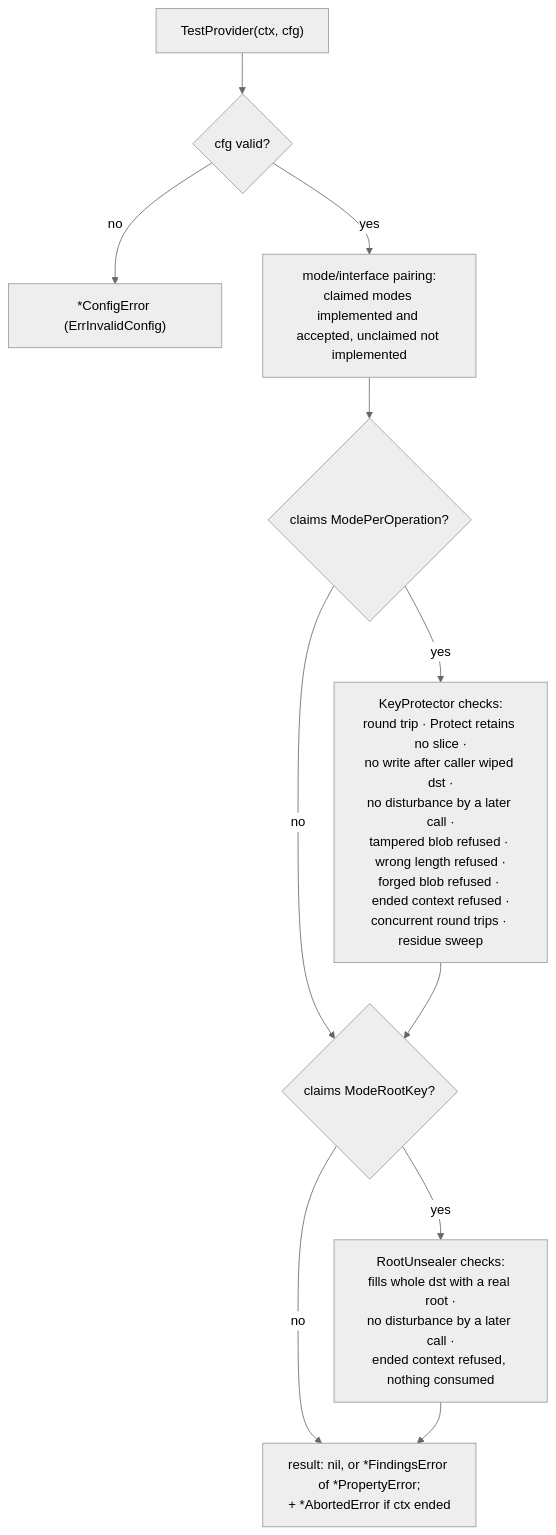
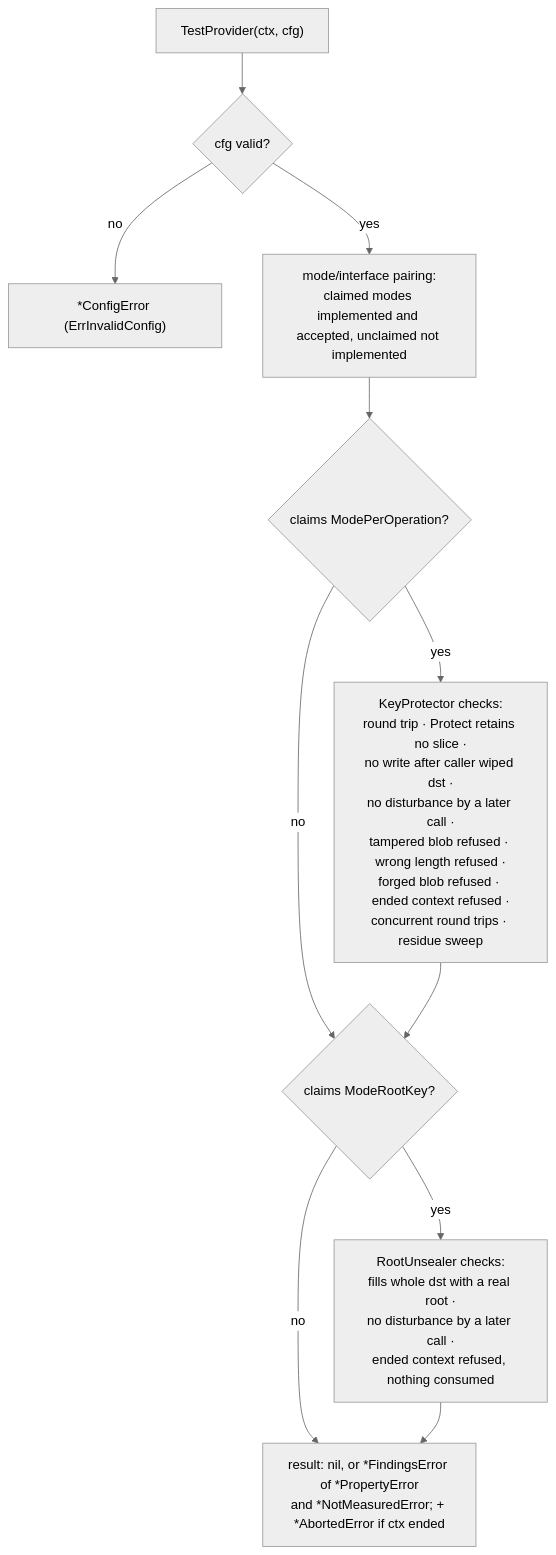
One commit to jeremyhahn/go-enclave changed the first of 2 diagrams in docs/provider-conformance/architecture.md. Above: the diagram before and after it, drawn with Mermaid (neutral theme). The commit also changed other lines of this file and 45 other files, not shown here.

First line of the commit message:
docs: every feature folder complete to the code; backend-conformance; ROADMAP current to the RC (#156-#160) (#162)

````diff
--- a/docs/provider-conformance/architecture.md
+++ b/docs/provider-conformance/architecture.md
@@ -26,13 +28,13 @@
 ```mermaid
 flowchart TD
   T["TestProvider(ctx, cfg)"] --> V{cfg valid?}
   V -- no --> CE["*ConfigError (ErrInvalidConfig)"]
   V -- yes --> MP["mode/interface pairing:<br/>claimed modes implemented and accepted, unclaimed not implemented"]
   MP --> KP{"claims ModePerOperation?"}
   KP -- yes --> KPC["KeyProtector checks:<br/>round trip · Protect retains no slice ·<br/>no write after caller wiped dst ·<br/>no disturbance by a later call ·<br/>tampered blob refused · wrong length refused ·<br/>forged blob refused · ended context refused ·<br/>concurrent round trips · residue sweep"]
   KP -- no --> RU
   KPC --> RU{"claims ModeRootKey?"}
   RU -- yes --> RUC["RootUnsealer checks:<br/>fills whole dst with a real root ·<br/>no disturbance by a later call ·<br/>ended context refused, nothing consumed"]
   RU -- no --> R
-  RUC --> R["result: nil, or *FindingsError of *PropertyError;<br/>+ *AbortedError if ctx ended"]
+  RUC --> R["result: nil, or *FindingsError of *PropertyError<br/>and *NotMeasuredError; + *AbortedError if ctx ended"]
 ```
````
